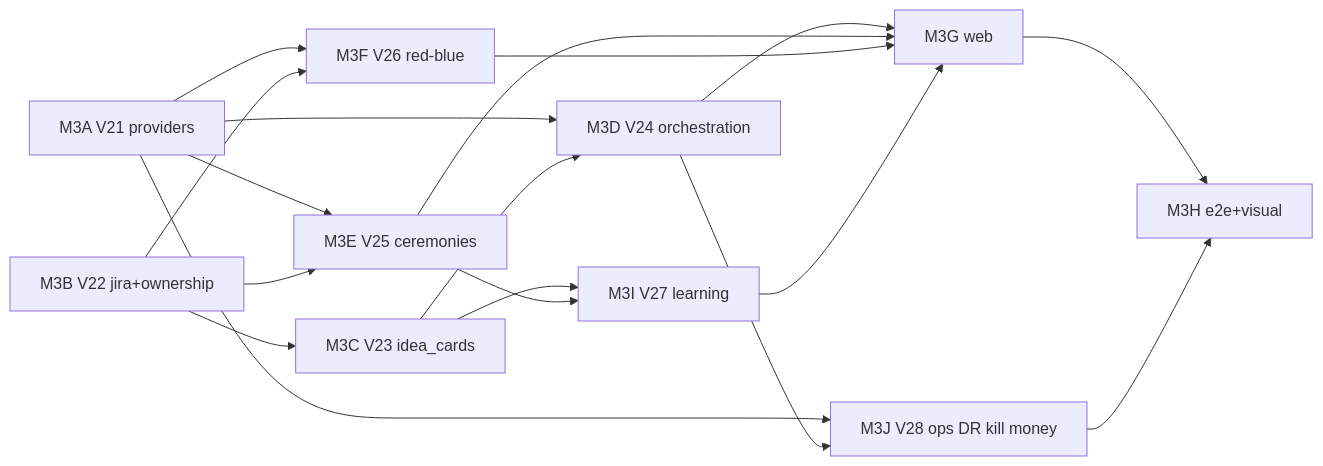
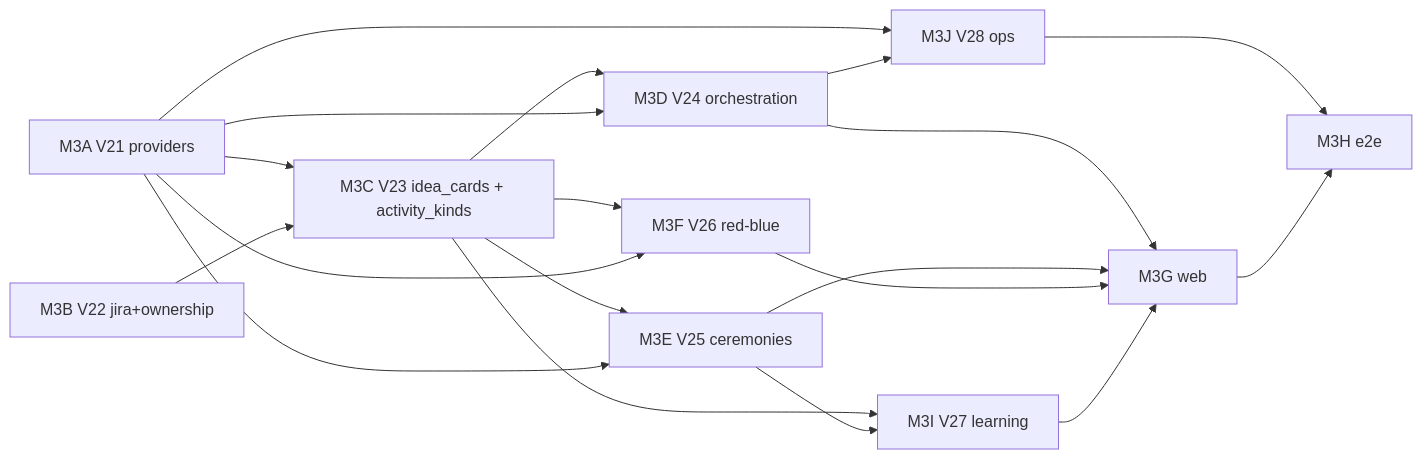
The second of 2 diagrams in docs/milestones/M3_PLAN.md (yugandharreddybana/ARIA-V1), drawn with Mermaid before and after one commit. The commit also changed other lines of this file and 1 other file, not shown here.

First line of the commit message:
docs(m3): fix DAG A∥B→C→D∥E∥F and activity_kinds FK

````diff
--- a/docs/milestones/M3_PLAN.md
+++ b/docs/milestones/M3_PLAN.md
@@ -577,31 +644,32 @@
 ```mermaid
 flowchart LR
   A[M3A V21 providers]
   B[M3B V22 jira+ownership]
-  C[M3C V23 idea_cards]
+  C[M3C V23 idea_cards + activity_kinds]
   D[M3D V24 orchestration]
   E[M3E V25 ceremonies]
   F[M3F V26 red-blue]
   I[M3I V27 learning]
-  J[M3J V28 ops DR kill money]
+  J[M3J V28 ops]
   G[M3G web]
-  H[M3H e2e+visual]
+  H[M3H e2e]
 
-  A --> D
+  A --> C
   B --> C
   C --> D
+  C --> E
+  C --> F
+  A --> D
   A --> E
-  B --> E
   A --> F
-  B --> F
   D --> G
   E --> G
   F --> G
-  I --> G
   C --> I
   E --> I
+  I --> G
   A --> J
   D --> J
+  J --> H
   G --> H
-  J --> H
 ```
````
